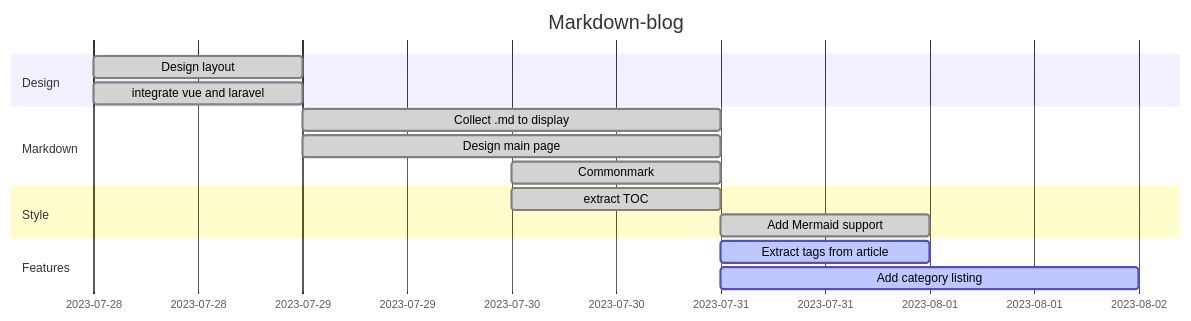
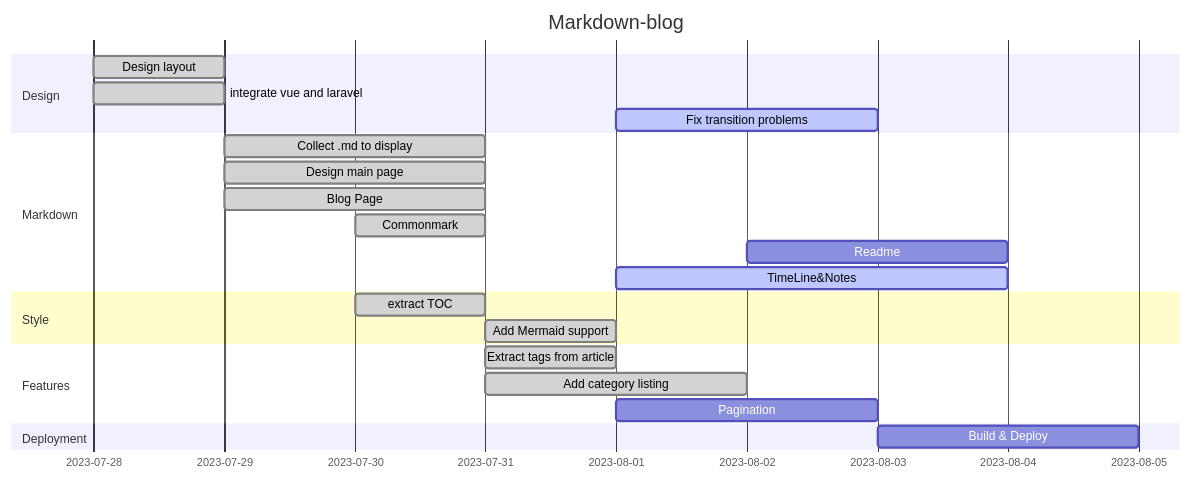
One commit to voiceinthedark/markdown-blog changed the diagram in public/charts/markdown-blog.mmd. Above: the diagram before and after it, drawn with Mermaid. The commit also changed 8 other files, not shown here.

Commit message:
Added Notes index and listing

```diff
--- a/public/charts/markdown-blog.mmd
+++ b/public/charts/markdown-blog.mmd
@@ -1,16 +1,23 @@
 gantt
     title Markdown-blog
     dateFormat YYYY-MM-DD
     section Design
         Design layout   :done,a1, 2023-07-28, 1d
         integrate vue and laravel    :done,a2, 2023-07-28, 1d
+        Fix transition problems :active,a3, 2023-08-01,2d
     section Markdown
         Collect .md to display :done,2023-07-29, 2d
         Design main page    :done,b1,2023-07-29, 2d
+        Blog Page :done,b2,2023-07-29, 2d
         Commonmark :done,after b1,2023-07-30, 1d
+        Readme :after d3,2023-08-02, 2d
+        TimeLine&Notes:active,b4,2023-08-01, 3d
     section Style
         extract TOC :done, c1,2023-07-30,1d
         Add Mermaid support :done, after c1,2023-07-31, 1d
     section Features
-        Extract tags from article :active,d1,2023-07-31,1d
-        Add category listing :active,d2,2023-07-31,2d
+        Extract tags from article :done,d1,2023-07-31,1d
+        Add category listing :done,d2,2023-07-31,2d
+        Pagination :d3,2023-08-01,2d
+    section Deployment
+        Build & Deploy :e1,2023-08-03,2d
```
